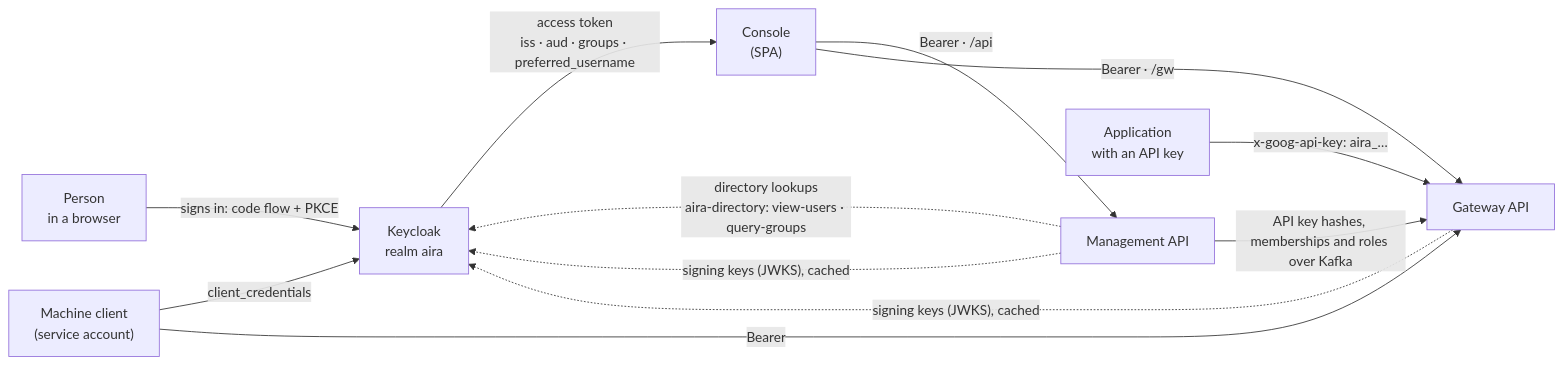
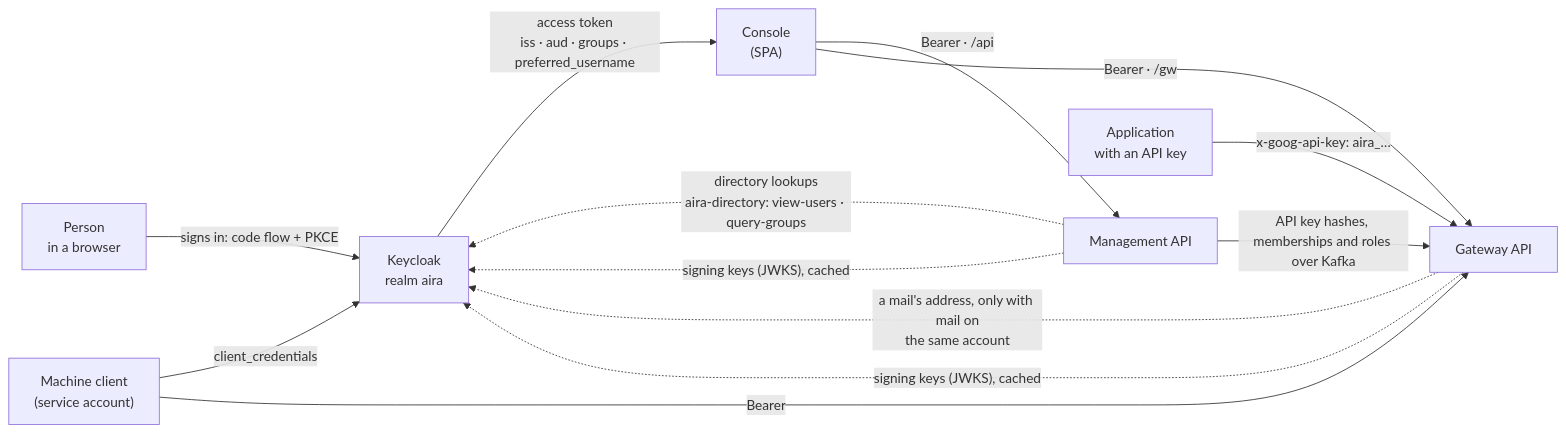
Before and after one commit to InigoImago/AIRA-Gateway: the ninth of 13 diagrams in docs/ARCHITECTURE.md, drawn with Mermaid. The commit also changed other lines of this file and 77 other files, not shown here.

````diff
--- a/docs/ARCHITECTURE.md
+++ b/docs/ARCHITECTURE.md
@@ -896,16 +899,17 @@
 ```mermaid
 flowchart LR
     person["Person<br/>in a browser"] -->|"signs in: code flow + PKCE"| kc["Keycloak<br/>realm aira"]
     kc -->|"access token<br/>iss · aud · groups · preferred_username"| console["Console<br/>(SPA)"]
     console -->|"Bearer · /api"| mgmt["Management API"]
     console -->|"Bearer · /gw"| gw["Gateway API"]
 
     app["Application<br/>with an API key"] -->|"x-goog-api-key: aira_…"| gw
     machine["Machine client<br/>(service account)"] -->|"client_credentials"| kc
     machine -->|"Bearer"| gw
 
     mgmt -. "directory lookups<br/>aira-directory: view-users · query-groups" .-> kc
+    gw -. "a mail's address, only with mail on<br/>the same account" .-> kc
     gw -. "signing keys (JWKS), cached" .-> kc
     mgmt -. "signing keys (JWKS), cached" .-> kc
     mgmt -- "API key hashes, memberships and roles over Kafka" --> gw
 ```
````
